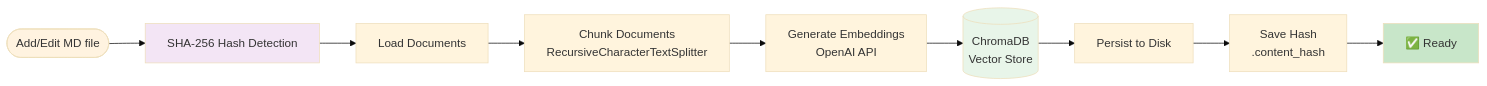
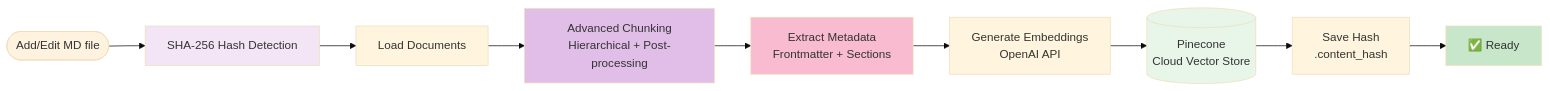
The fifth of 8 diagrams in README.md (NinobraV/knowra-onboarding-agent), drawn with Mermaid (base theme) before and after one commit. The commit also changed other lines of this file and 6 other files, not shown here.

Commit message:
feat: Integrate Pinecone as vector store and enhance chunking service with advanced metadata extraction and quality metrics

````diff
--- a/README.md
+++ b/README.md
@@ -244,16 +249,18 @@
 ```mermaid
 flowchart LR
     START([Add/Edit MD file]) --> DETECT[SHA-256 Hash Detection]
     DETECT --> LOAD[Load Documents]
-    LOAD --> CHUNK[Chunk Documents<br/>RecursiveCharacterTextSplitter]
-    CHUNK --> EMBED[Generate Embeddings<br/>OpenAI API]
-    EMBED --> STORE[(ChromaDB<br/>Vector Store)]
-    STORE --> PERSIST[Persist to Disk]
-    PERSIST --> HASH_SAVE[Save Hash<br/>.content_hash]
+    LOAD --> CHUNK[Advanced Chunking<br/>Hierarchical + Post-processing]
+    CHUNK --> METADATA[Extract Metadata<br/>Frontmatter + Sections]
+    METADATA --> EMBED[Generate Embeddings<br/>OpenAI API]
+    EMBED --> STORE[(Pinecone<br/>Cloud Vector Store)]
+    STORE --> HASH_SAVE[Save Hash<br/>.content_hash]
     HASH_SAVE --> READY[✅ Ready]
     
     style START fill:#fff3e0
     style DETECT fill:#f3e5f5
+    style CHUNK fill:#e1bee7
+    style METADATA fill:#f8bbd0
     style STORE fill:#e8f5e9
     style READY fill:#c8e6c9
 ```
````
